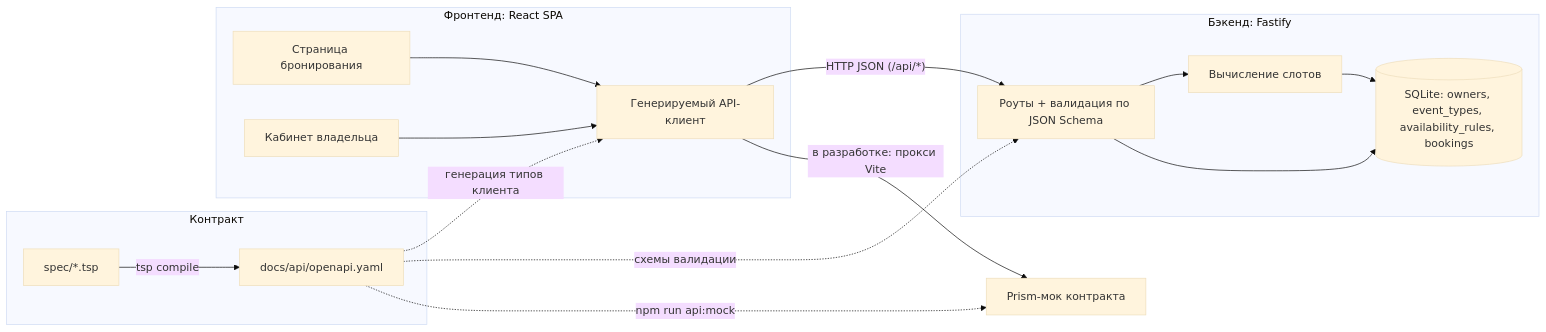
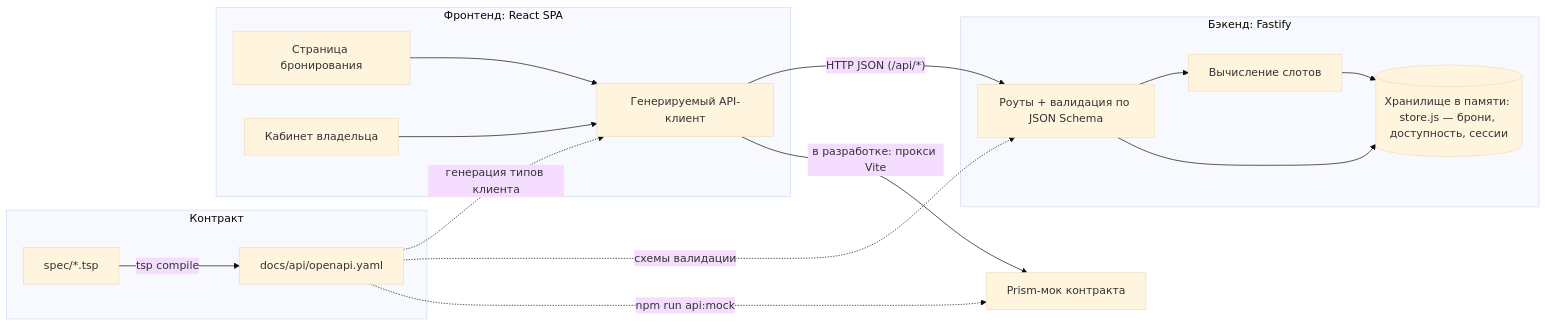
One commit to kirillchistov/fullstack-javascript-project-386 changed the diagram in project-spec.md. Above: the diagram before and after it, drawn with Mermaid (base theme). The commit also changed other lines of this file and 9 other files, not shown here.

````diff
--- a/project-spec.md
+++ b/project-spec.md
@@ -81,31 +81,31 @@
 ```mermaid
 flowchart LR
   subgraph contract [Контракт]
     tsp[spec/*.tsp] -->|tsp compile| openapi[docs/api/openapi.yaml]
   end
 
   subgraph client [Фронтенд: React SPA]
     guestUI[Страница бронирования]
     ownerUI[Кабинет владельца]
     apiClient[Генерируемый API-клиент]
     guestUI --> apiClient
     ownerUI --> apiClient
   end
 
   subgraph serverSide [Бэкенд: Fastify]
     routesLayer[Роуты + валидация по JSON Schema]
     slotService[Вычисление слотов]
-    db[(SQLite: owners, event_types, availability_rules, bookings)]
+    db[(Хранилище в памяти: store.js — брони, доступность, сессии)]
     routesLayer --> slotService
     routesLayer --> db
     slotService --> db
   end
 
   prism[Prism-мок контракта]
 
   openapi -.->|генерация типов клиента| apiClient
   openapi -.->|схемы валидации| routesLayer
   openapi -.->|npm run api:mock| prism
   apiClient -->|"HTTP JSON (/api/*)"| routesLayer
   apiClient -->|"в разработке: прокси Vite"| prism
 ```
````
